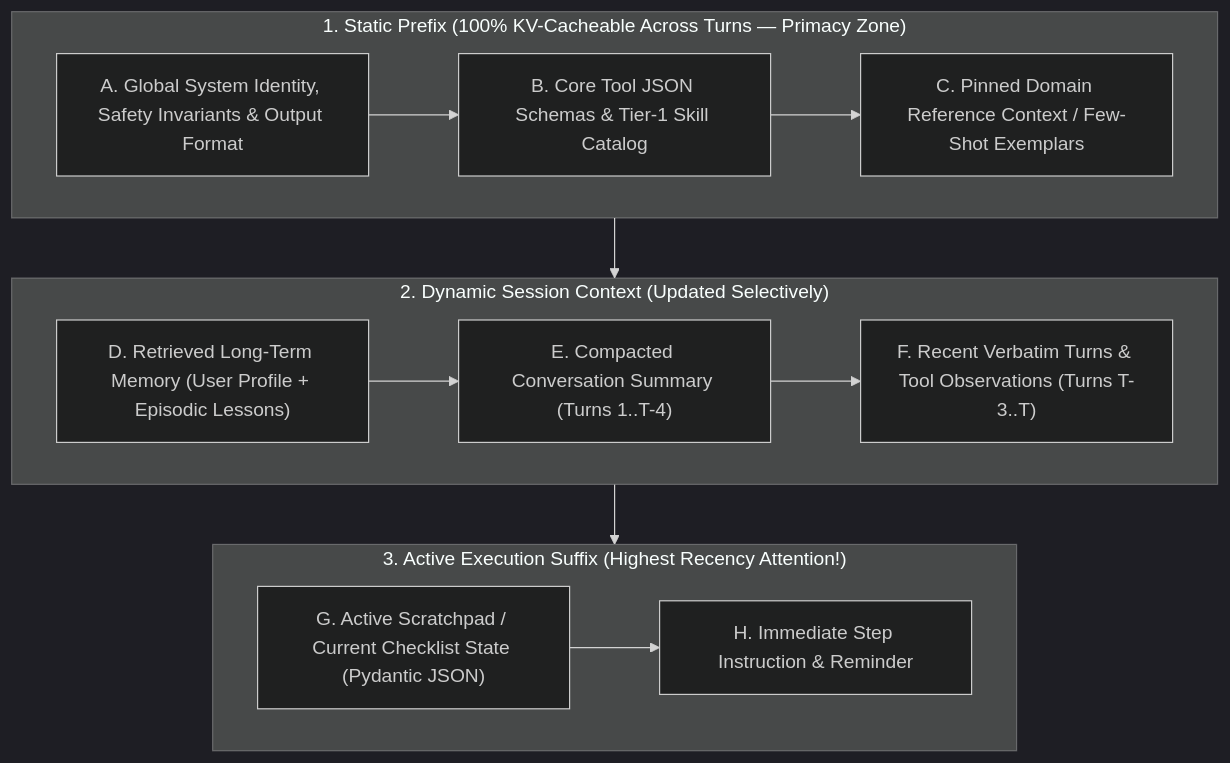
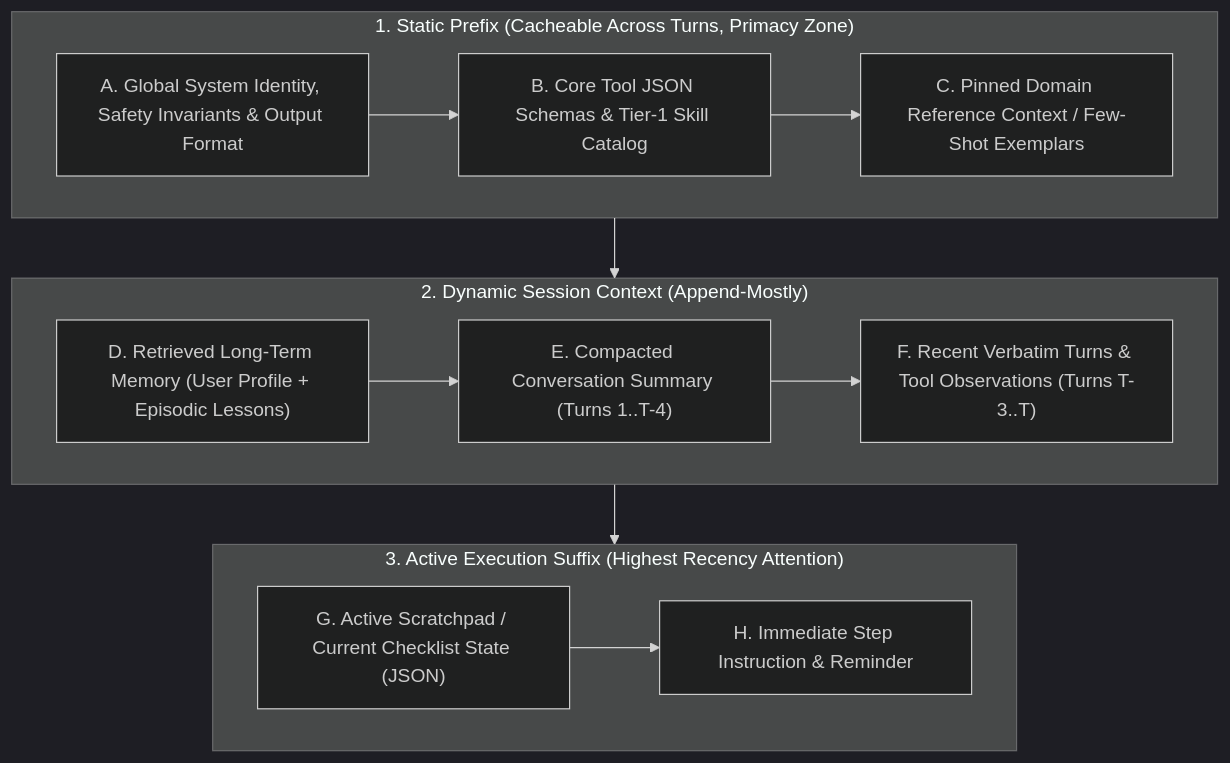
The first of 2 diagrams in chapter-11-context-engineering-and-long-term-memory.md (Rajdipc/agentic-ai-orchestration-patterns), drawn with Mermaid (dark theme) before and after one commit. The commit also changed other lines of this file and 18 other files, not shown here.

````diff
--- a/chapter-11-context-engineering-and-long-term-memory.md
+++ b/chapter-11-context-engineering-and-long-term-memory.md
@@ -22,24 +28,24 @@
 ```mermaid
 flowchart TD
-    subgraph Prefix["1. Static Prefix (100% KV-Cacheable Across Turns — Primacy Zone)"]
+    subgraph Prefix["1. Static Prefix (Cacheable Across Turns, Primacy Zone)"]
         P1["A. Global System Identity, Safety Invariants & Output Format"]
         P2["B. Core Tool JSON Schemas & Tier-1 Skill Catalog"]
         P3["C. Pinned Domain Reference Context / Few-Shot Exemplars"]
         P1 --> P2 --> P3
     end
 
-    subgraph Middle["2. Dynamic Session Context (Updated Selectively)"]
+    subgraph Middle["2. Dynamic Session Context (Append-Mostly)"]
         M1["D. Retrieved Long-Term Memory (User Profile + Episodic Lessons)"]
         M2["E. Compacted Conversation Summary (Turns 1..T-4)"]
         M3["F. Recent Verbatim Turns & Tool Observations (Turns T-3..T)"]
         M1 --> M2 --> M3
     end
 
-    subgraph Suffix["3. Active Execution Suffix (Highest Recency Attention!)"]
-        S1["G. Active Scratchpad / Current Checklist State (Pydantic JSON)"]
+    subgraph Suffix["3. Active Execution Suffix (Highest Recency Attention)"]
+        S1["G. Active Scratchpad / Current Checklist State (JSON)"]
         S2["H. Immediate Step Instruction & Reminder"]
         S1 --> S2
     end
 
     Prefix --> Middle --> Suffix
 ```
````
